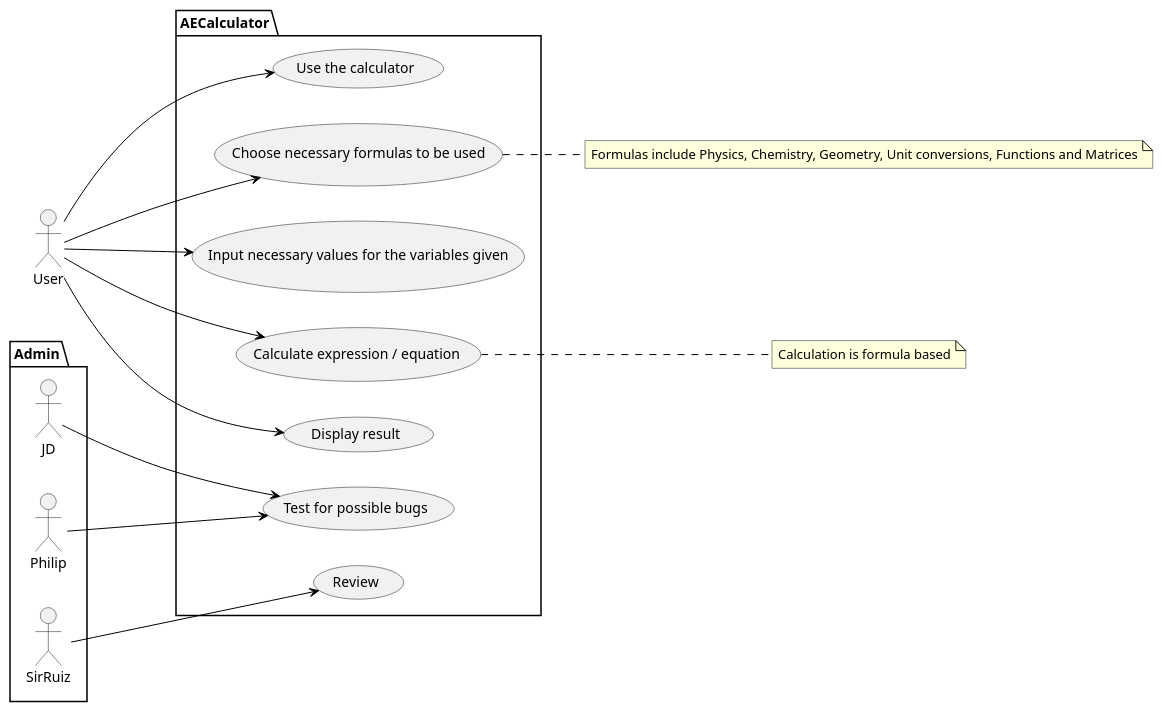
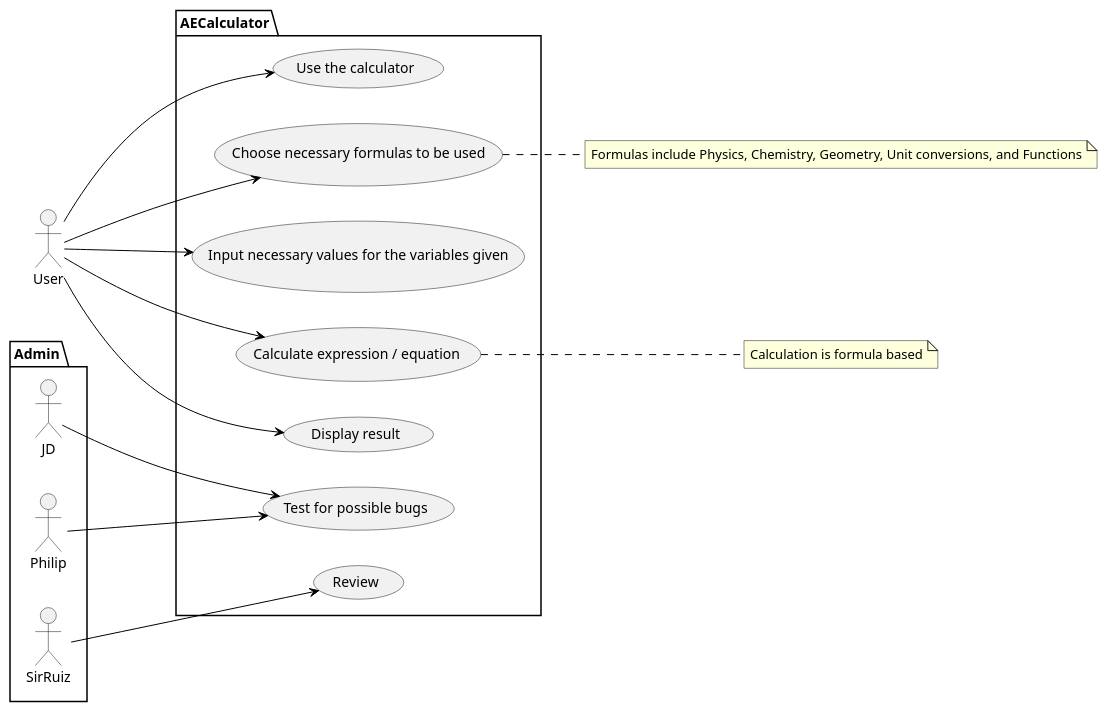
One commit to Jeydii07/OOGreenProject changed the diagram in LXUseCaseAECalculator.puml. Above: the diagram before and after it, drawn with PlantUML.

```diff
--- a/LXUseCaseAECalculator.puml
+++ b/LXUseCaseAECalculator.puml
@@ -1,45 +1,45 @@
 @startuml
 left to right direction
 skinparam style strictuml
 skinparam classAttributeIconSize 0
 skinparam classFontColor black
 skinparam classFontStyle bold
 hide empty members
 
 skinparam class {
 
 BackgroundColor White
 BorderColor black
 ArrowColor black
 }
 
 package AECalculator {
     usecase "Use the calculator" as I1
     usecase "Choose necessary formulas to be used" as I2
     usecase "Input necessary values for the variables given" as I3
     usecase "Calculate expression / equation" as I4
     usecase "Display result" as I5
     usecase "Test for possible bugs" as I6
     usecase "Review" as I7
 }
 
 package Admin {
     actor JD as A1
     actor Philip as A2
     actor SirRuiz as A3
 }
 
 
 A1 ---> I6
 A2 ---> I6
 A3 --> I7
 
 :User: ---> I1
 :User: ---> I2
 :User: ---> I3
 :User: ---> I4
 :User: ---> I5
 
-note right of I2 : Formulas include Physics, Chemistry, Geometry, Unit conversions, Functions and Matrices
+note right of I2 : Formulas include Physics, Chemistry, Geometry, Unit conversions, and Functions
 note right of I4 : Calculation is formula based
 @enduml
```
